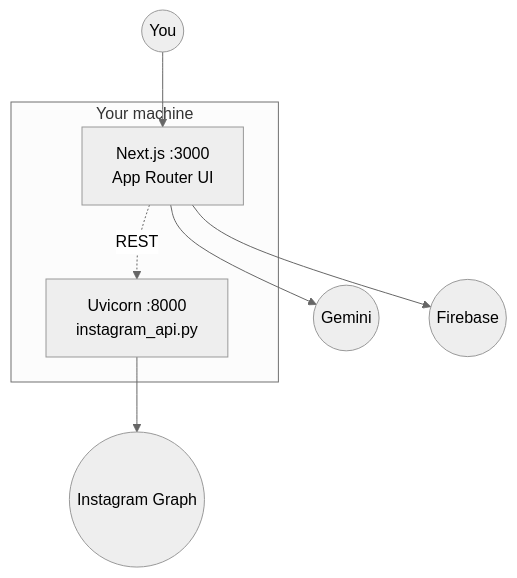
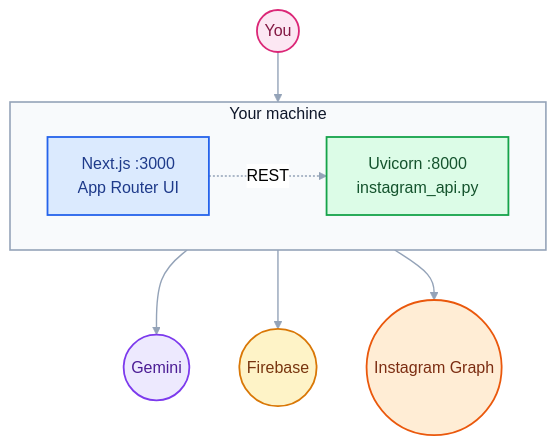
One commit to Aniruddh-fullstac/knowmedfia changed the sixth of 8 diagrams in README.md. Above: the diagram before and after it, drawn with Mermaid. The commit also changed other lines of this file, not shown here.

Commit message:
docs: use custom pipeline diagram in README

````diff
--- a/README.md
+++ b/README.md
@@ -356,14 +438,32 @@
 ```mermaid
 %%{init: { "theme": "neutral" }}%%
 flowchart TB
   subgraph Dev["Your machine"]
+    direction LR
     FE["Next.js :3000<br/>App Router UI"]
     BE["Uvicorn :8000<br/>instagram_api.py"]
   end
 
   U((You)) --> FE
   FE -.->|REST| BE
   FE --> GEM2((Gemini))
   FE --> FB2((Firebase))
   BE --> IG2((Instagram Graph))
+
+  classDef fe   fill:#dbeafe,stroke:#2563eb,stroke-width:1.8px,color:#1e3a8a
+  classDef be   fill:#dcfce7,stroke:#16a34a,stroke-width:1.8px,color:#14532d
+  classDef user fill:#fce7f3,stroke:#db2777,stroke-width:1.8px,color:#831843
+  classDef ai   fill:#ede9fe,stroke:#7c3aed,stroke-width:1.8px,color:#4c1d95
+  classDef ext  fill:#ffedd5,stroke:#ea580c,stroke-width:1.8px,color:#7c2d12
+  classDef db   fill:#fef3c7,stroke:#d97706,stroke-width:1.8px,color:#78350f
+
+  class FE fe
+  class BE be
+  class U user
+  class GEM2 ai
+  class FB2 db
+  class IG2 ext
+
+  style Dev fill:#f8fafc,stroke:#94a3b8,stroke-width:1.6px,color:#0f172a
+  linkStyle default stroke:#94a3b8,stroke-width:1.4px
 ```
````
